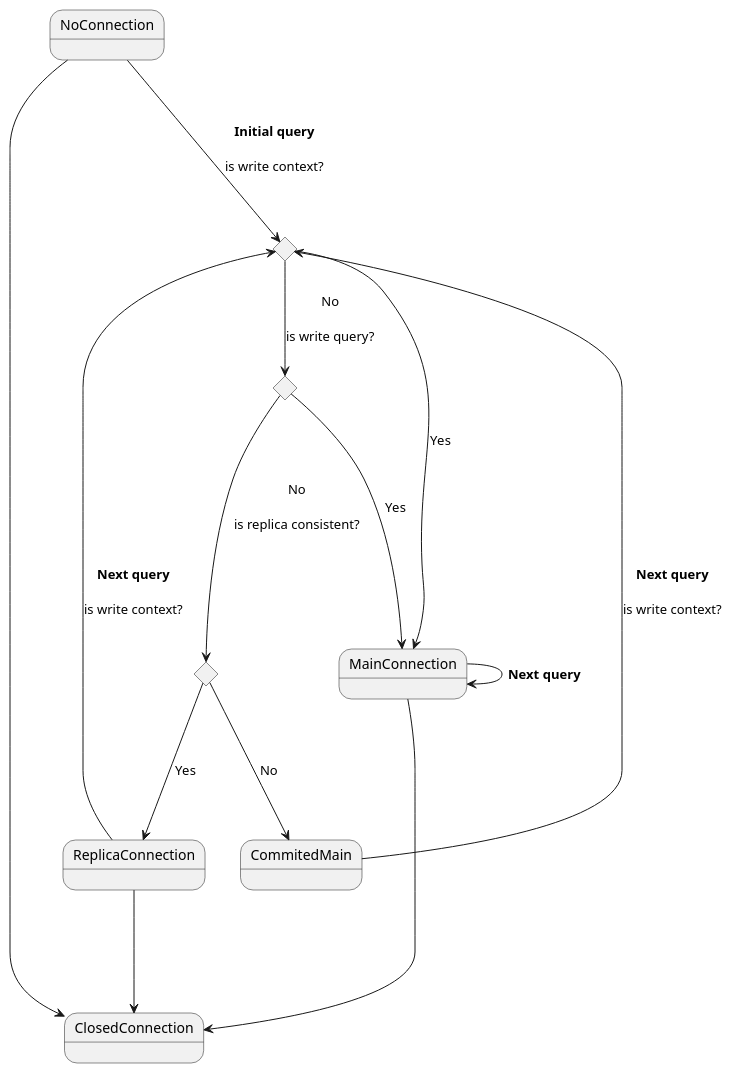
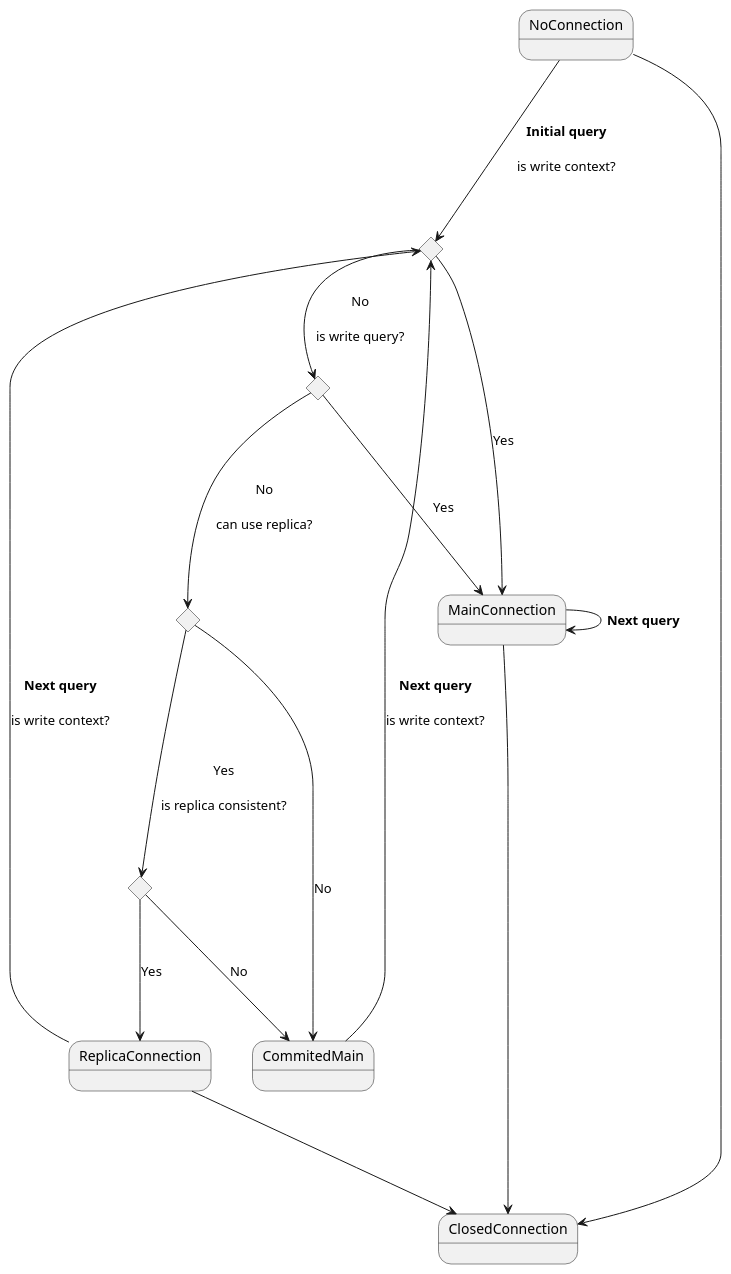
One commit to atlassian-labs/db-replica changed the diagram in docs/dual-connection-states.puml. Above: the diagram before and after it, drawn with PlantUML. The commit also changed 1 other file, not shown here.

```diff
--- a/docs/dual-connection-states.puml
+++ b/docs/dual-connection-states.puml
@@ -1,25 +1,31 @@
 @startuml
 state isWriteContext <<choice>>
 state isWriteQuery <<choice>>
 state isReplicaConsistent <<choice>>
+state canUseReplica <<choice>>
 
 
 NoConnection   ---> isWriteContext : **Initial query**\n\nis write context?
 isWriteContext ---> MainConnection   : Yes
 
 isWriteContext --> isWriteQuery : No\n\nis write query?
 isWriteQuery ---> MainConnection : Yes
-isWriteQuery ---> isReplicaConsistent: No\n\nis replica consistent?
+isWriteQuery ---> canUseReplica: No\n\ncan use replica?
+
+
+canUseReplica ---> isReplicaConsistent: Yes\n\nis replica consistent?
+canUseReplica ---> CommitedMain: No
+
 
 isReplicaConsistent ---> ReplicaConnection : Yes
 isReplicaConsistent ---> CommitedMain : No
 CommitedMain ---> isWriteContext : **Next query**\n\nis write context?
 
 MainConnection ---> MainConnection : **Next query**
 ReplicaConnection ---> isWriteContext : **Next query**\n\nis write context?
 
 NoConnection ---> ClosedConnection
 MainConnection ---> ClosedConnection
 ReplicaConnection ---> ClosedConnection
 
 @enduml
```
